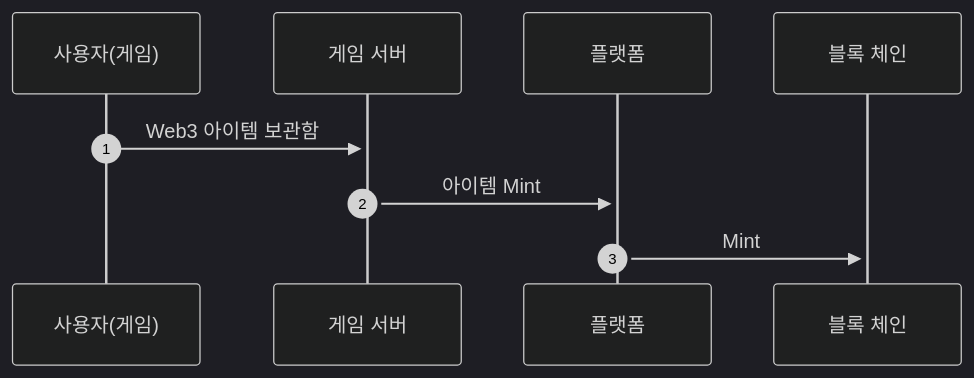
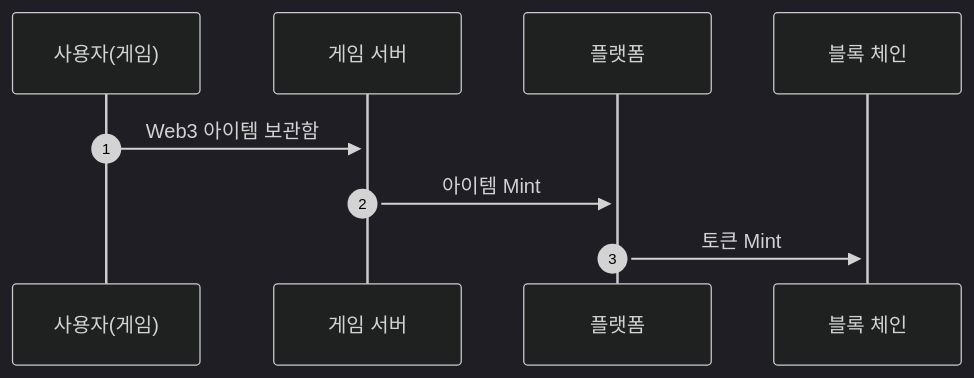
One commit to ottm-labs/ottm-labs.github.io changed the fifth of 6 diagrams in Overtake/topics/토큰-발행-및-삭제.md. Above: the diagram before and after it, drawn with Mermaid (dark theme). The commit also changed other lines of this file, not shown here.

Commit message:
mint 용어 정리

````diff
--- a/Overtake/topics/토큰-발행-및-삭제.md
+++ b/Overtake/topics/토큰-발행-및-삭제.md
@@ -298,15 +299,15 @@
 ```mermaid
 sequenceDiagram
 autonumber
 participant game_user as 사용자(게임)
 participant game as 게임 서버
 participant platform as 플랫폼
 participant chain as 블록 체인
 
 
 game_user ->> +game: Web3 아이템 보관함
 game ->> +platform: 아이템 Mint
-platform ->> +chain: Mint
+platform ->> +chain: 토큰 Mint
 
  
 ```
````
